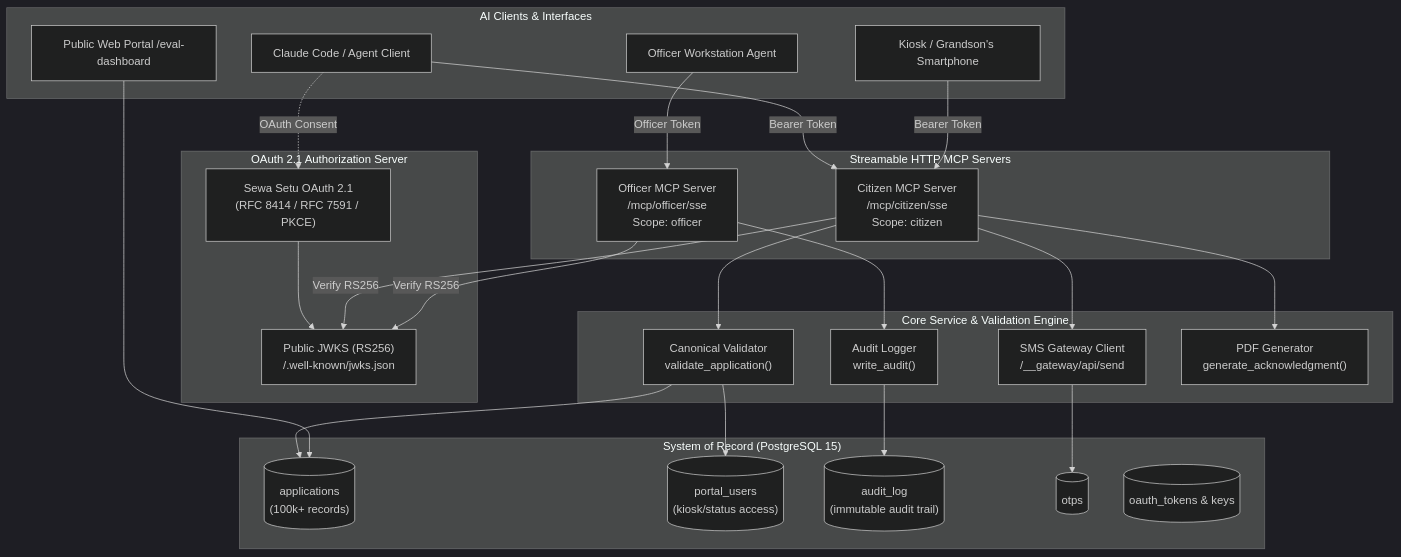
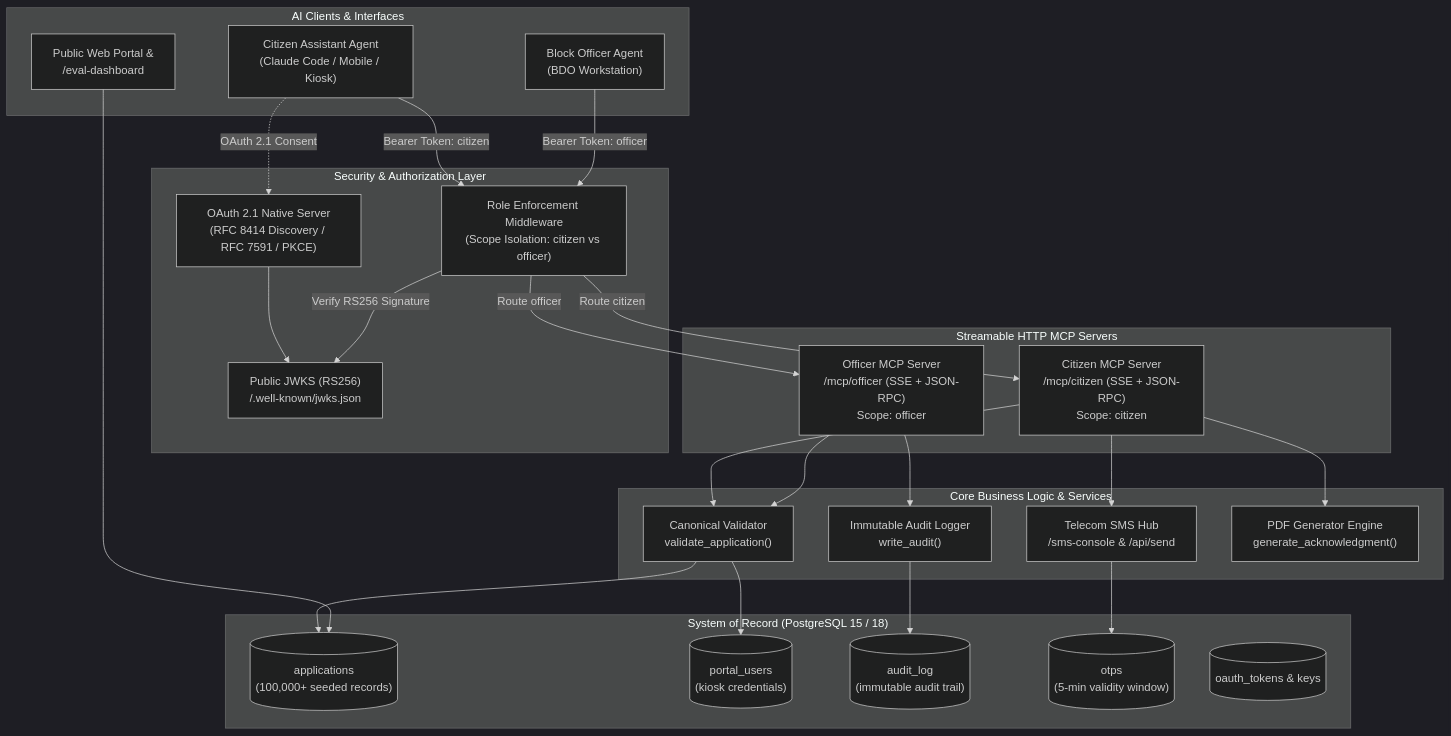
Before and after one commit to Khushi-888/sewa_setu: the diagram in README.md, drawn with Mermaid (dark theme). The commit also changed other lines of this file, not shown here.

Commit message:
docs: complete comprehensive README with Render deploy links, persona matrix, and architecture specs

````diff
--- a/README.md
+++ b/README.md
@@ -22,52 +63,54 @@
 ```mermaid
 flowchart TD
     subgraph Clients["AI Clients & Interfaces"]
-        C1["Claude Code / Agent Client"]
-        C2["Kiosk / Grandson's Smartphone"]
-        C3["Officer Workstation Agent"]
-        WEB["Public Web Portal /eval-dashboard"]
+        C1["Citizen Assistant Agent<br/>(Claude Code / Mobile / Kiosk)"]
+        C2["Block Officer Agent<br/>(BDO Workstation)"]
+        WEB["Public Web Portal &<br/>/eval-dashboard"]
     end
 
-    subgraph AuthLayer["OAuth 2.1 Authorization Server"]
-        AUTH["Sewa Setu OAuth 2.1<br/>(RFC 8414 / RFC 7591 / PKCE)"]
+    subgraph AuthLayer["Security & Authorization Layer"]
+        AUTH["OAuth 2.1 Native Server<br/>(RFC 8414 Discovery / RFC 7591 / PKCE)"]
         JWKS["Public JWKS (RS256)<br/>/.well-known/jwks.json"]
+        MW["Role Enforcement Middleware<br/>(Scope Isolation: citizen vs officer)"]
     end
 
     subgraph MCPLayer["Streamable HTTP MCP Servers"]
-        CMCP["Citizen MCP Server<br/>/mcp/citizen/sse<br/>Scope: citizen"]
-        OMCP["Officer MCP Server<br/>/mcp/officer/sse<br/>Scope: officer"]
+        CMCP["Citizen MCP Server<br/>/mcp/citizen (SSE + JSON-RPC)<br/>Scope: citizen"]
+        OMCP["Officer MCP Server<br/>/mcp/officer (SSE + JSON-RPC)<br/>Scope: officer"]
     end
 
-    subgraph CoreEngine["Core Service & Validation Engine"]
+    subgraph CoreEngine["Core Business Logic & Services"]
         VAL["Canonical Validator<br/>validate_application()"]
-        SMS["SMS Gateway Client<br/>/__gateway/api/send"]
-        AUD["Audit Logger<br/>write_audit()"]
-        PDF["PDF Generator<br/>generate_acknowledgment()"]
+        SMS["Telecom SMS Hub<br/>/sms-console & /api/send"]
+        AUD["Immutable Audit Logger<br/>write_audit()"]
+        PDF["PDF Generator Engine<br/>generate_acknowledgment()"]
     end
 
-    subgraph DataStore["System of Record (PostgreSQL 15)"]
-        APP_DB[("applications<br/>(100k+ records)")]
-        USR_DB[("portal_users<br/>(kiosk/status access)")]
+    subgraph DataStore["System of Record (PostgreSQL 15 / 18)"]
+        APP_DB[("applications<br/>(100,000+ seeded records)")]
+        USR_DB[("portal_users<br/>(kiosk credentials)")]
         LOG_DB[("audit_log<br/>(immutable audit trail)")]
-        OTP_DB[("otps")]
+        OTP_DB[("otps<br/>(5-min validity window)")]
         OAUTH_DB[("oauth_tokens & keys")]
     end
 
-    C1 -->|Bearer Token| CMCP
-    C2 -->|Bearer Token| CMCP
-    C3 -->|Officer Token| OMCP
-    C1 -.->|OAuth Consent| AUTH
+    C1 -->|Bearer Token: citizen| MW
+    C2 -->|Bearer Token: officer| MW
+    MW -->|Route citizen| CMCP
+    MW -->|Route officer| OMCP
+    C1 -.->|OAuth 2.1 Consent| AUTH
     AUTH --> JWKS
-    CMCP -->|Verify RS256| JWKS
-    OMCP -->|Verify RS256| JWKS
+    MW -->|Verify RS256 Signature| JWKS
 
     CMCP --> VAL
     CMCP --> SMS
     CMCP --> PDF
     OMCP --> AUD
+    OMCP --> VAL
+
     VAL --> APP_DB
     VAL --> USR_DB
     AUD --> LOG_DB
     SMS --> OTP_DB
     WEB --> APP_DB
 ```
````
